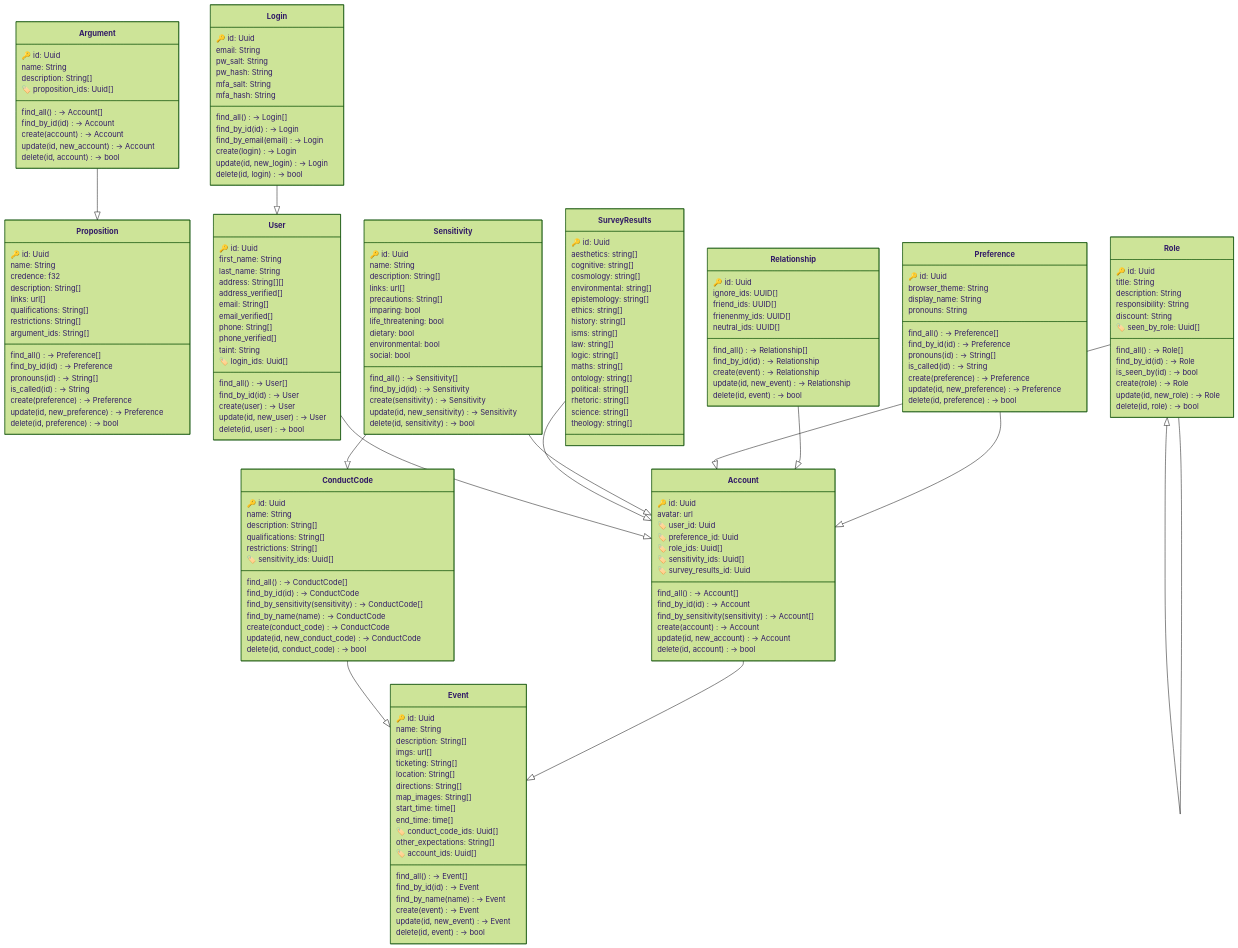
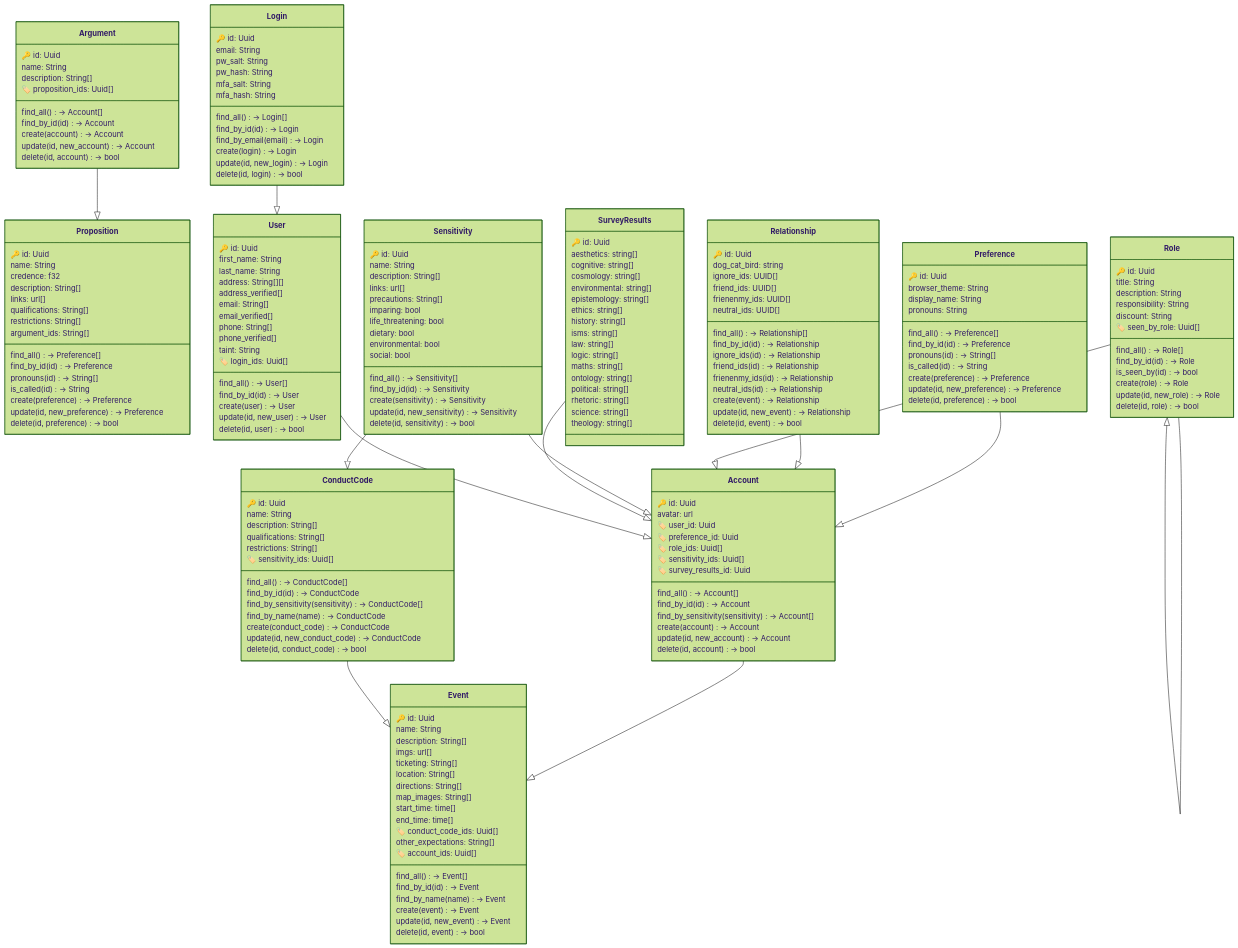
Before and after one commit to danielclough/wtf: the diagram in SCHEMA.md, drawn with Mermaid (forest theme). The commit also changed 44 other files, not shown here.

```diff
--- a/SCHEMA.md
+++ b/SCHEMA.md
@@ -124,12 +124,17 @@
 
     class Relationship{
         🔑 id: Uuid
+        dog_cat_bird: string
         ignore_ids: UUID[]
         friend_ids: UUID[]
         frienenmy_ids: UUID[]
         neutral_ids: UUID[]
         find_all() -> Relationship[]
         find_by_id(id) -> Relationship
+        ignore_ids(id) -> Relationship
+        friend_ids(id) -> Relationship
+        frienenmy_ids(id) -> Relationship
+        neutral_ids(id) -> Relationship
         create(event) -> Relationship
         update(id, new_event) -> Relationship
         delete(id, event) -> bool
```
